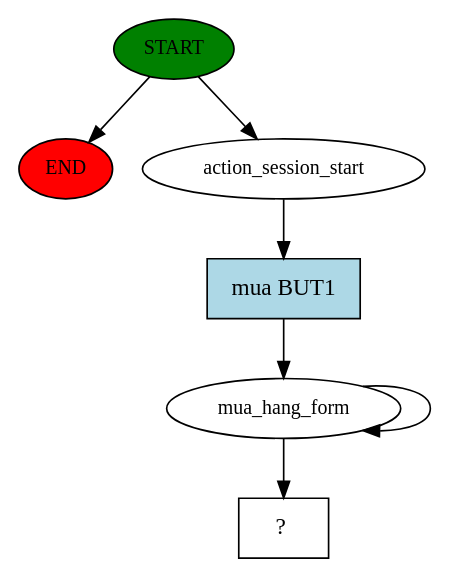
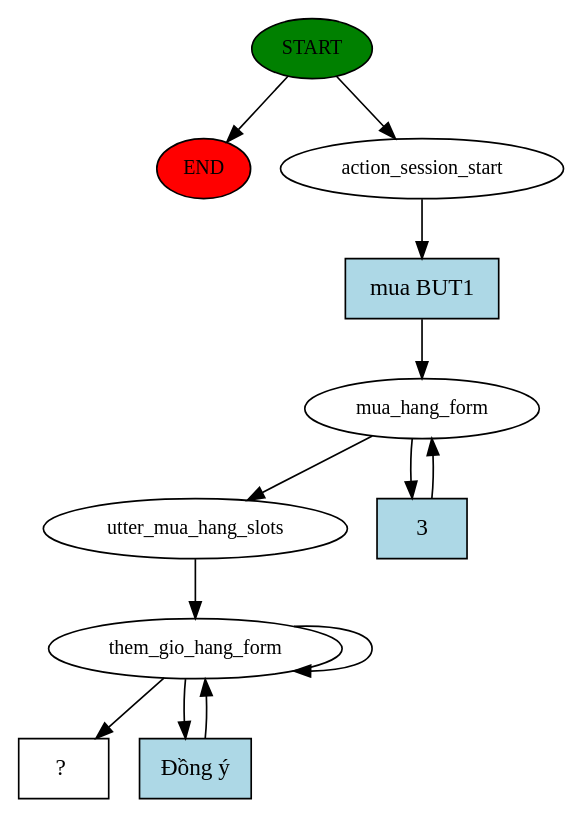
Before and after one commit to ltanh1906/webbot: the diagram in story_graph.dot, drawn with Graphviz. The commit also changed 16 other files, not shown here.

```diff
--- a/story_graph.dot
+++ b/story_graph.dot
@@ -1,14 +1,24 @@
 digraph  {
 0 [class="start active", fillcolor=green, fontsize=12, label=START, style=filled];
 "-1" [class=end, fillcolor=red, fontsize=12, label=END, style=filled];
 1 [class=active, fontsize=12, label=action_session_start];
 2 [class=active, fontsize=12, label=mua_hang_form];
-5 [class="intent dashed active", label="  ?  ", shape=rect];
-6 [class="intent active", fillcolor=lightblue, label="\mua BUT1", shape=rect, style=filled];
+5 [class=active, fontsize=12, label=utter_mua_hang_slots];
+6 [class=active, fontsize=12, label=them_gio_hang_form];
+12 [class="intent dashed active", label="  ?  ", shape=rect];
+13 [class="intent active", fillcolor=lightblue, label="\mua BUT1", shape=rect, style=filled];
+14 [class="intent active", fillcolor=lightblue, label=3, shape=rect, style=filled];
+15 [class="intent active", fillcolor=lightblue, label="Đồng ý", shape=rect, style=filled];
 0 -> "-1"  [class="", key=NONE, label=""];
 0 -> 1  [class=active, key=NONE, label=""];
-1 -> 6  [class=active, key=0];
-2 -> 2  [class=active, key=NONE, label=""];
+1 -> 13  [class=active, key=0];
 2 -> 5  [class=active, key=NONE, label=""];
-6 -> 2  [class=active, key=0];
+2 -> 14  [class=active, key=0];
+5 -> 6  [class=active, key=NONE, label=""];
+6 -> 6  [class=active, key=NONE, label=""];
+6 -> 12  [class=active, key=NONE, label=""];
+6 -> 15  [class=active, key=0];
+13 -> 2  [class=active, key=0];
+14 -> 2  [class=active, key=0];
+15 -> 6  [class=active, key=0];
 }
```
